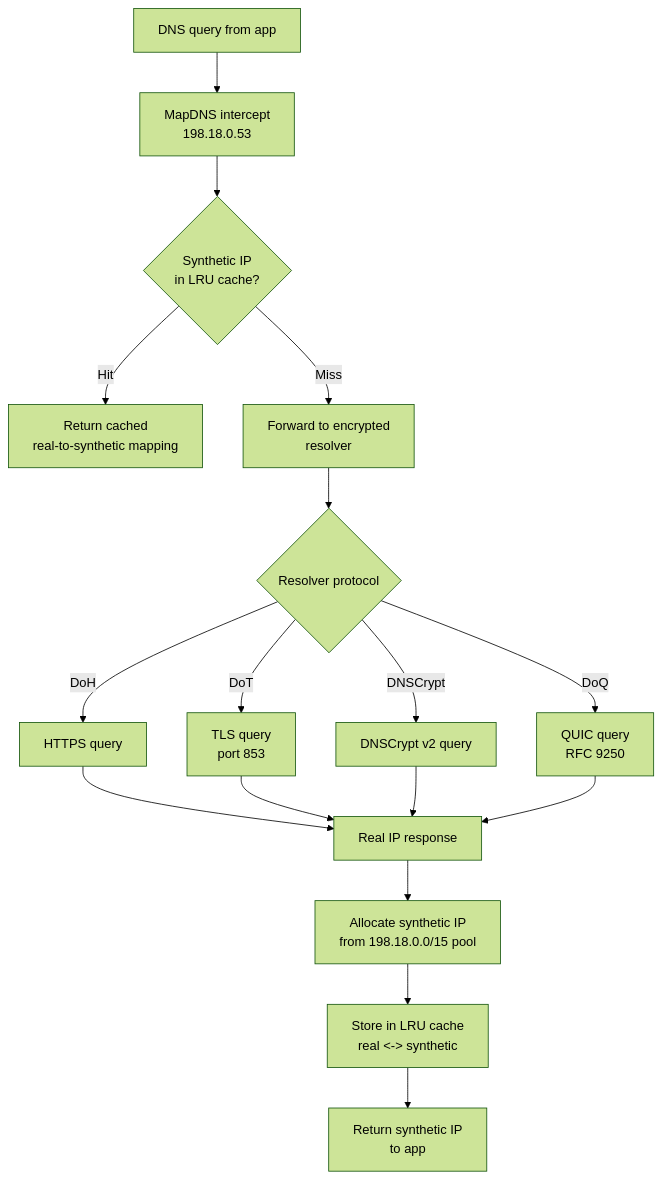
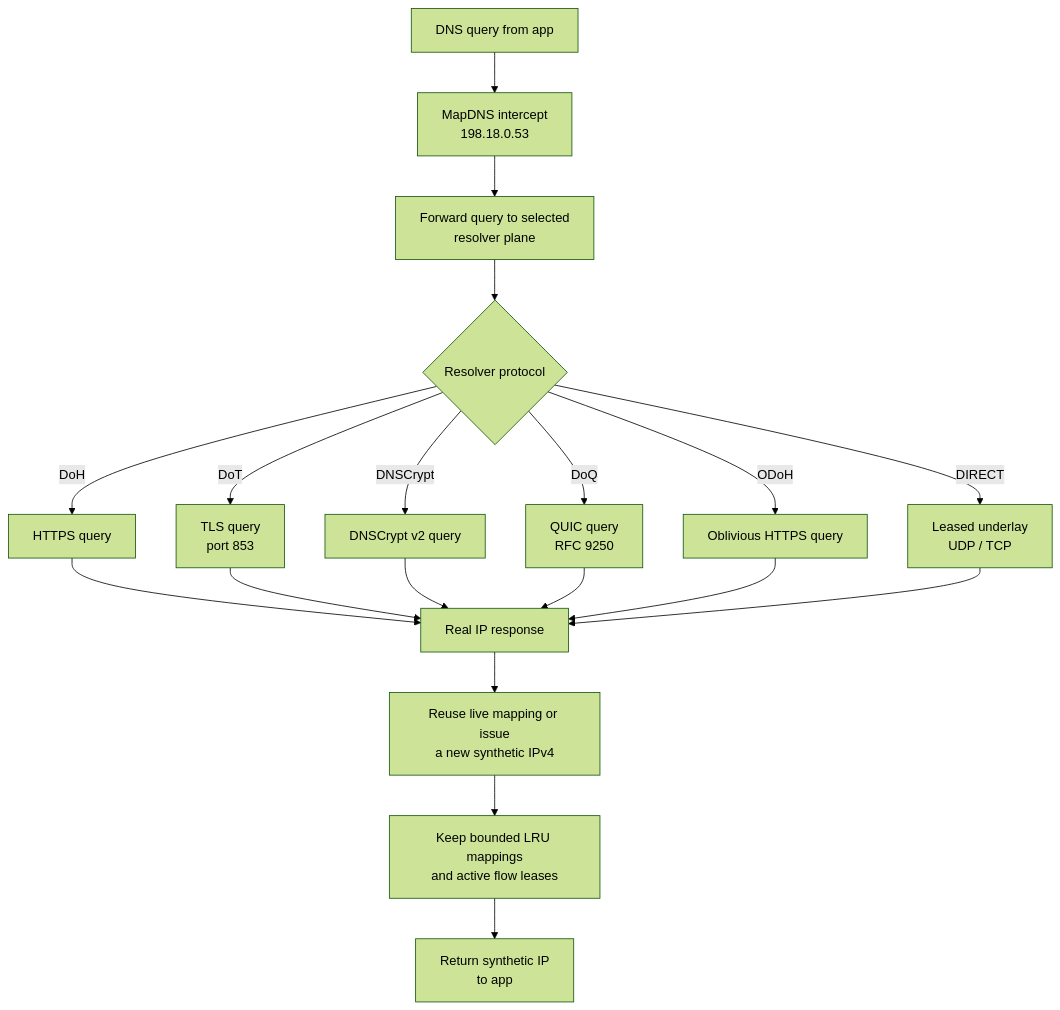
One commit to po4yka/RIPDPI changed the third of 3 diagrams in docs/native/tunnel.md. Above: the diagram before and after it, drawn with Mermaid (forest theme). The commit also changed other lines of this file and 6 other files, not shown here.

````diff
--- a/docs/native/tunnel.md
+++ b/docs/native/tunnel.md
@@ -57,16 +57,16 @@
 ```mermaid
 flowchart TD
     A["DNS query from app"] --> B["MapDNS intercept\n198.18.0.53"]
-    B --> C{"Synthetic IP\nin LRU cache?"}
-    C -- Hit --> D["Return cached\nreal-to-synthetic mapping"]
-    C -- Miss --> E["Forward to encrypted\nresolver"]
+    B --> E["Forward query to selected\nresolver plane"]
     E --> F{"Resolver protocol"}
     F -- DoH --> G["HTTPS query"]
     F -- DoT --> H["TLS query\nport 853"]
     F -- DNSCrypt --> I["DNSCrypt v2 query"]
     F -- DoQ --> J["QUIC query\nRFC 9250"]
-    G & H & I & J --> K["Real IP response"]
-    K --> L["Allocate synthetic IP\nfrom 198.18.0.0/15 pool"]
-    L --> M["Store in LRU cache\nreal <-> synthetic"]
+    F -- ODoH --> O["Oblivious HTTPS query"]
+    F -- DIRECT --> P["Leased underlay\nUDP / TCP"]
+    G & H & I & J & O & P --> K["Real IP response"]
+    K --> L["Reuse live mapping or issue\na new synthetic IPv4"]
+    L --> M["Keep bounded LRU mappings\nand active flow leases"]
     M --> N["Return synthetic IP\nto app"]
 ```
````
